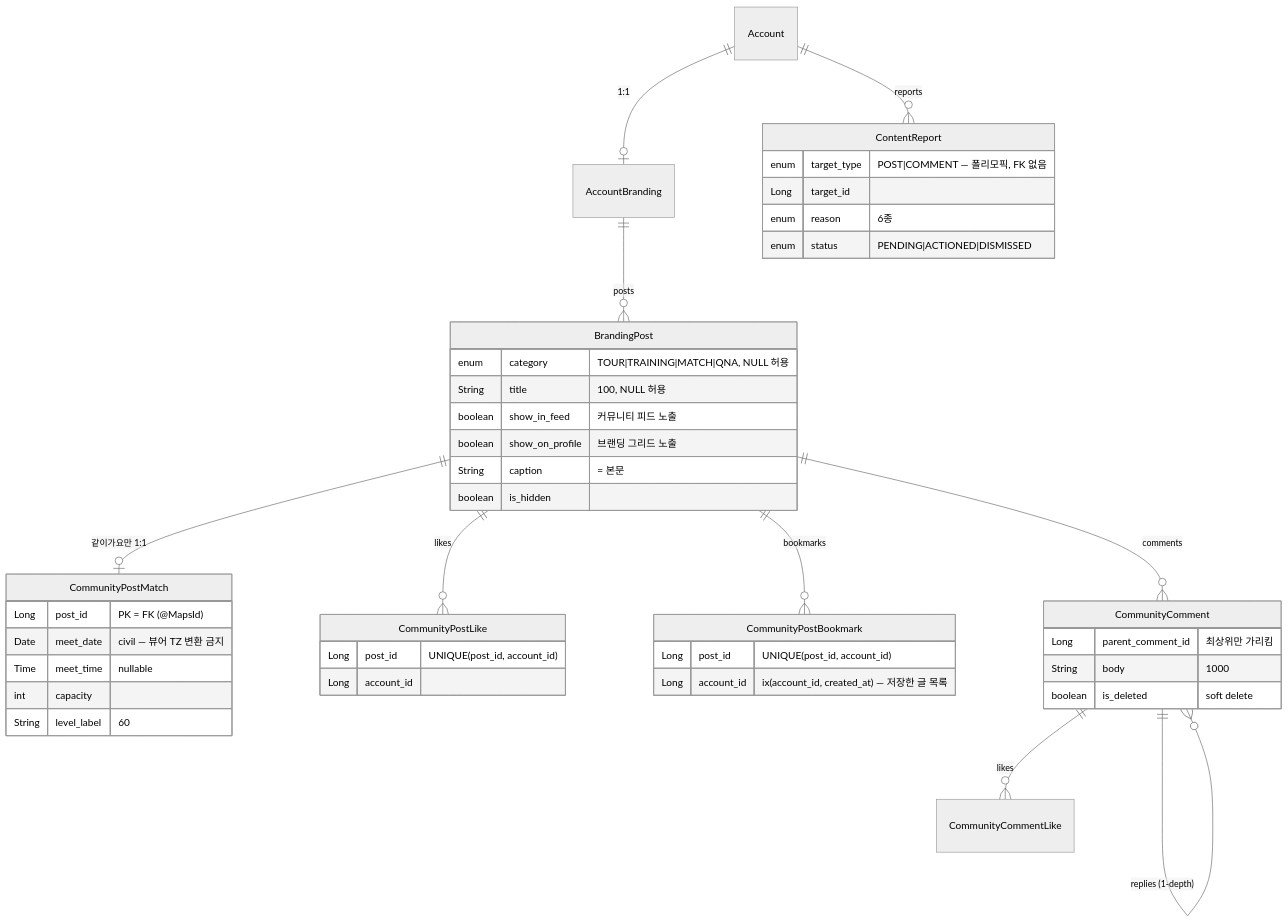
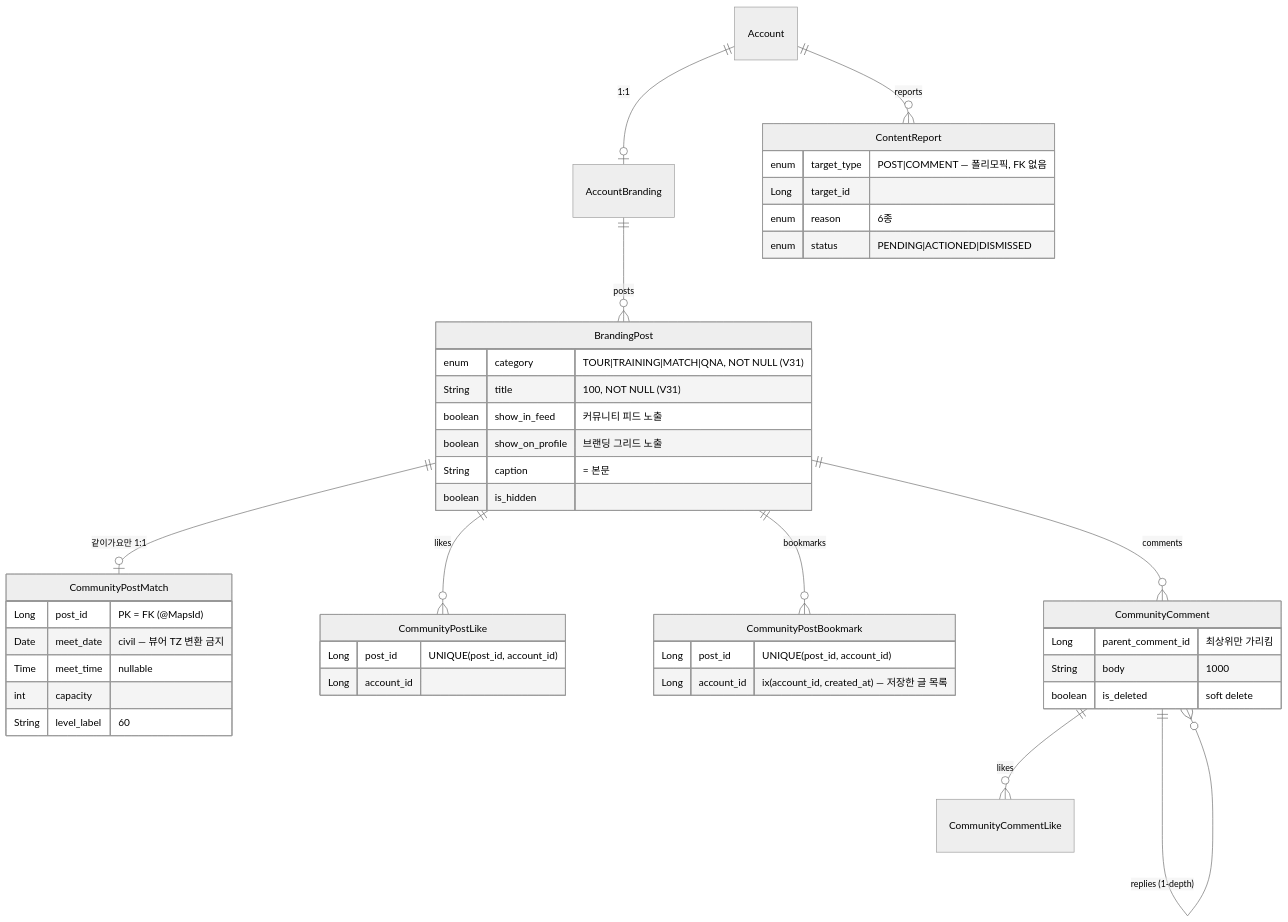
Before and after one commit to pungdong/Pungdong-Backend: the fifth of 5 diagrams in docs/architecture/community.md, drawn with Mermaid (neutral theme). The commit also changed other lines of this file and 25 other files, not shown here.

````diff
--- a/docs/architecture/community.md
+++ b/docs/architecture/community.md
@@ -135,47 +135,47 @@
 ```mermaid
 erDiagram
   Account ||--o| AccountBranding : "1:1"
   AccountBranding ||--o{ BrandingPost : posts
   BrandingPost ||--o| CommunityPostMatch : "같이가요만 1:1"
   BrandingPost ||--o{ CommunityPostLike : likes
   BrandingPost ||--o{ CommunityPostBookmark : bookmarks
   BrandingPost ||--o{ CommunityComment : comments
   CommunityComment ||--o{ CommunityComment : "replies (1-depth)"
   CommunityComment ||--o{ CommunityCommentLike : likes
   Account ||--o{ ContentReport : reports
 
   BrandingPost {
-    enum category "TOUR|TRAINING|MATCH|QNA, NULL 허용"
-    String title "100, NULL 허용"
+    enum category "TOUR|TRAINING|MATCH|QNA, NOT NULL (V31)"
+    String title "100, NOT NULL (V31)"
     boolean show_in_feed "커뮤니티 피드 노출"
     boolean show_on_profile "브랜딩 그리드 노출"
     String caption "= 본문"
     boolean is_hidden
   }
   CommunityPostMatch {
     Long post_id "PK = FK (@MapsId)"
     Date meet_date "civil — 뷰어 TZ 변환 금지"
     Time meet_time "nullable"
     int capacity
     String level_label "60"
   }
   CommunityPostLike {
     Long post_id "UNIQUE(post_id, account_id)"
     Long account_id
   }
   CommunityPostBookmark {
     Long post_id "UNIQUE(post_id, account_id)"
     Long account_id "ix(account_id, created_at) — 저장한 글 목록"
   }
   CommunityComment {
     Long parent_comment_id "최상위만 가리킴"
     String body "1000"
     boolean is_deleted "soft delete"
   }
   ContentReport {
     enum target_type "POST|COMMENT — 폴리모픽, FK 없음"
     Long target_id
     enum reason "6종"
     enum status "PENDING|ACTIONED|DISMISSED"
   }
 ```
````
